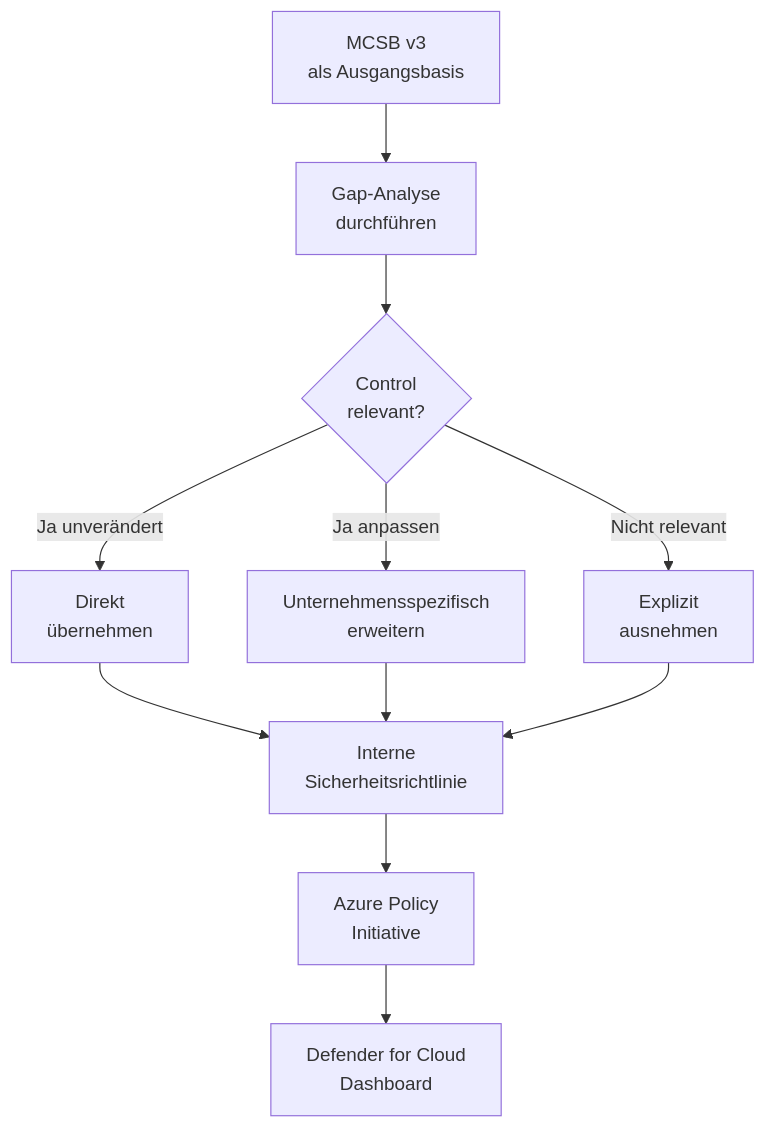
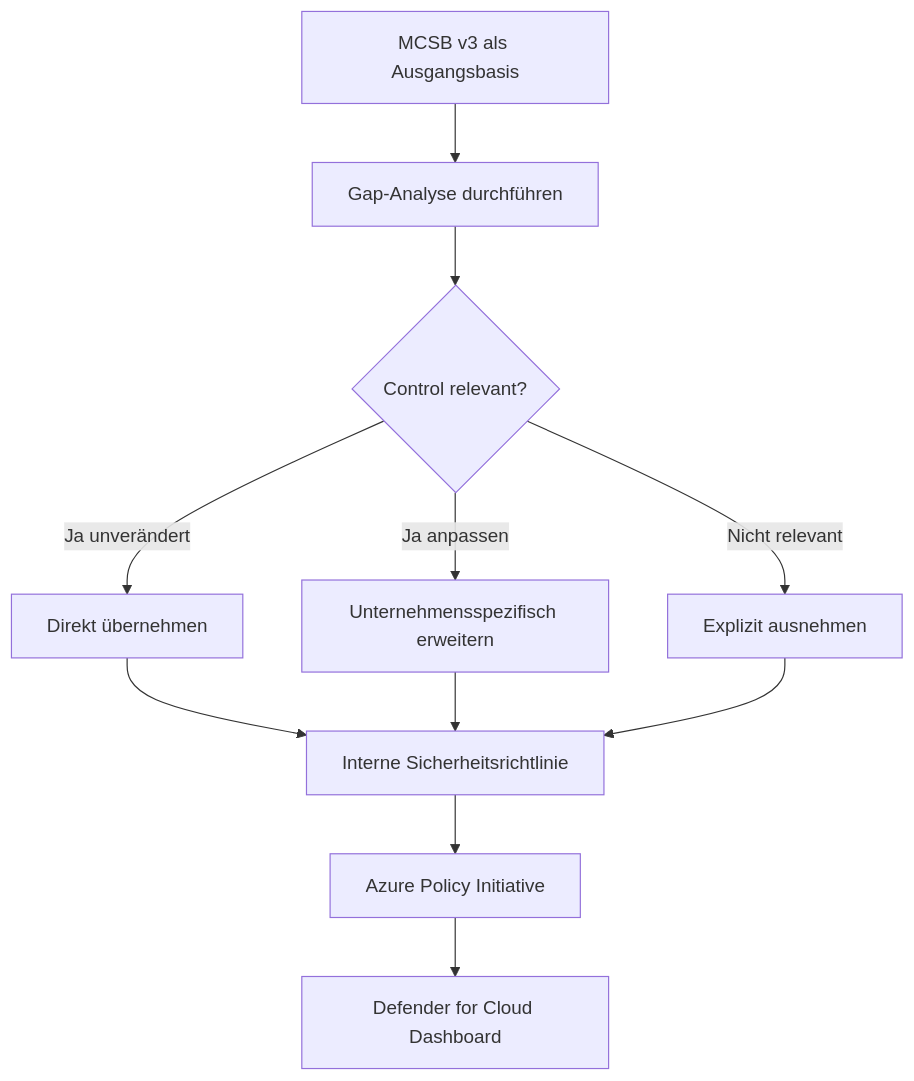
One commit to SoniiiT/notes-n-docs changed the third of 3 diagrams in Microsoft 365/Azure/Sicherheit/Azure Security Benchmark.md. Above: the diagram before and after it, drawn with Mermaid. The commit also changed other lines of this file and 124 other files, not shown here.

First line of the commit message:
fix: Entferne \n aus allen Mermaid-Diagrammen (125 Dateien)

````diff
--- a/Microsoft 365/Azure/Sicherheit/Azure Security Benchmark.md
+++ b/Microsoft 365/Azure/Sicherheit/Azure Security Benchmark.md
@@ -387,13 +387,13 @@
 ```mermaid
 graph TD
-    A[MCSB v3\nals Ausgangsbasis] --> B[Gap-Analyse\ndurchführen]
-    B --> C{Control\nrelevant?}
-    C -->|Ja unverändert| D[Direkt\nübernehmen]
-    C -->|Ja anpassen| E[Unternehmensspezifisch\nerweitern]
-    C -->|Nicht relevant| F[Explizit\nausnehmen]
-    D --> G[Interne\nSicherheitsrichtlinie]
+    A[MCSB v3 als Ausgangsbasis] --> B[Gap-Analyse durchführen]
+    B --> C{Control relevant?}
+    C -->|Ja unverändert| D[Direkt übernehmen]
+    C -->|Ja anpassen| E[Unternehmensspezifisch erweitern]
+    C -->|Nicht relevant| F[Explizit ausnehmen]
+    D --> G[Interne Sicherheitsrichtlinie]
     E --> G
     F --> G
-    G --> H[Azure Policy\nInitiative]
-    H --> I[Defender for Cloud\nDashboard]
+    G --> H[Azure Policy Initiative]
+    H --> I[Defender for Cloud Dashboard]
 ```
````
